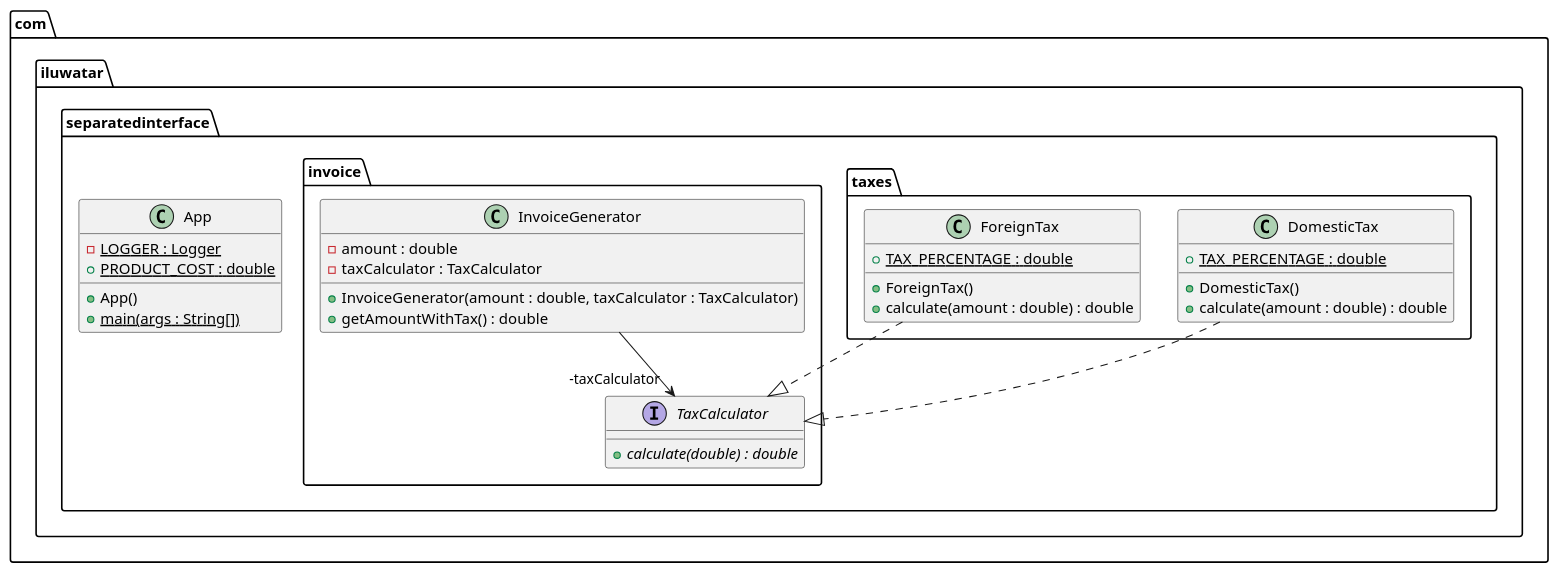
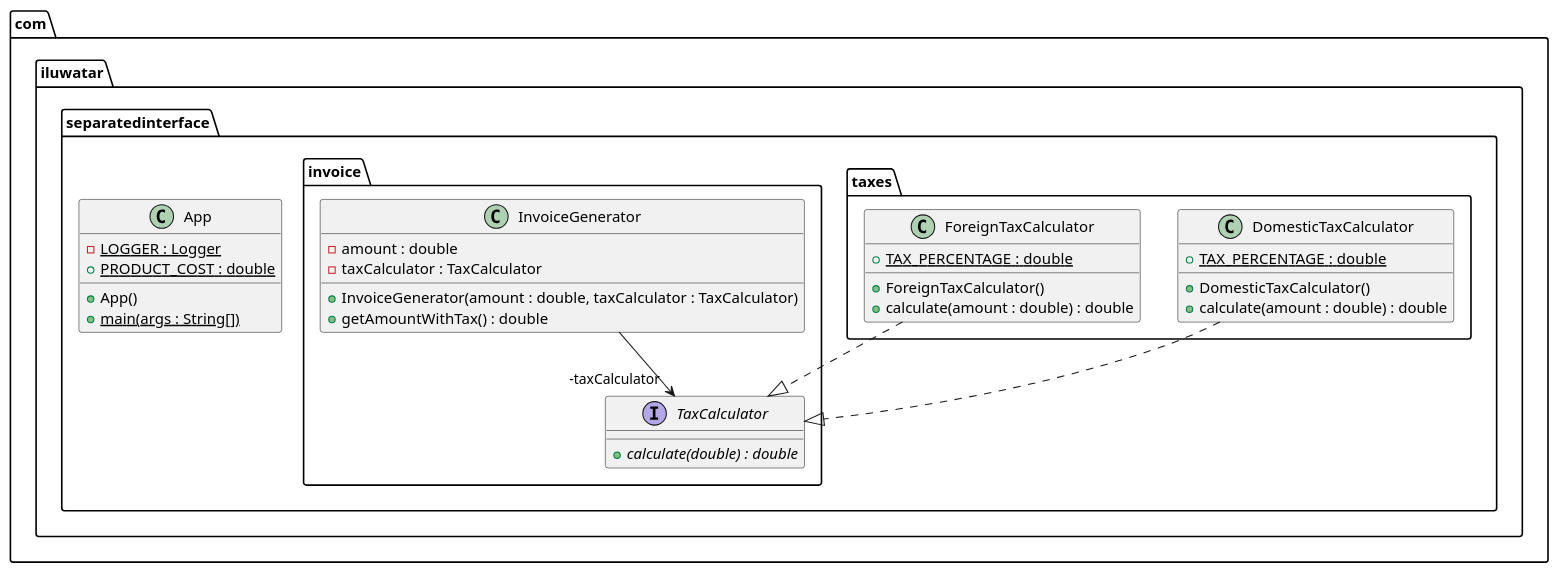
One commit to NatalieSty/java-design-patterns changed the diagram in separated-interface/etc/separated-interface.urm.puml. Above: the diagram before and after it, drawn with PlantUML. The commit also changed 7 other files, not shown here.

Commit message:
#1313 Rename DomesticTax,ForeignTax and review fixes

```diff
--- a/separated-interface/etc/separated-interface.urm.puml
+++ b/separated-interface/etc/separated-interface.urm.puml
@@ -1,36 +1,36 @@
 @startuml
 package com.iluwatar.separatedinterface {
   class App {
     - LOGGER : Logger {static}
     + PRODUCT_COST : double {static}
     + App()
     + main(args : String[]) {static}
   }
 }
 package com.iluwatar.separatedinterface.taxes {
-  class DomesticTax {
+  class DomesticTaxCalculator {
     + TAX_PERCENTAGE : double {static}
-    + DomesticTax()
+    + DomesticTaxCalculator()
     + calculate(amount : double) : double
   }
-  class ForeignTax {
+  class ForeignTaxCalculator {
     + TAX_PERCENTAGE : double {static}
-    + ForeignTax()
+    + ForeignTaxCalculator()
     + calculate(amount : double) : double
   }
 }
 package com.iluwatar.separatedinterface.invoice {
   class InvoiceGenerator {
     - amount : double
     - taxCalculator : TaxCalculator
     + InvoiceGenerator(amount : double, taxCalculator : TaxCalculator)
     + getAmountWithTax() : double
   }
   interface TaxCalculator {
     + calculate(double) : double {abstract}
   }
 }
 InvoiceGenerator -->  "-taxCalculator" TaxCalculator
-DomesticTax ..|> TaxCalculator 
-ForeignTax ..|> TaxCalculator 
+DomesticTaxCalculator ..|> TaxCalculator 
+ForeignTaxCalculator ..|> TaxCalculator 
 @enduml
```
